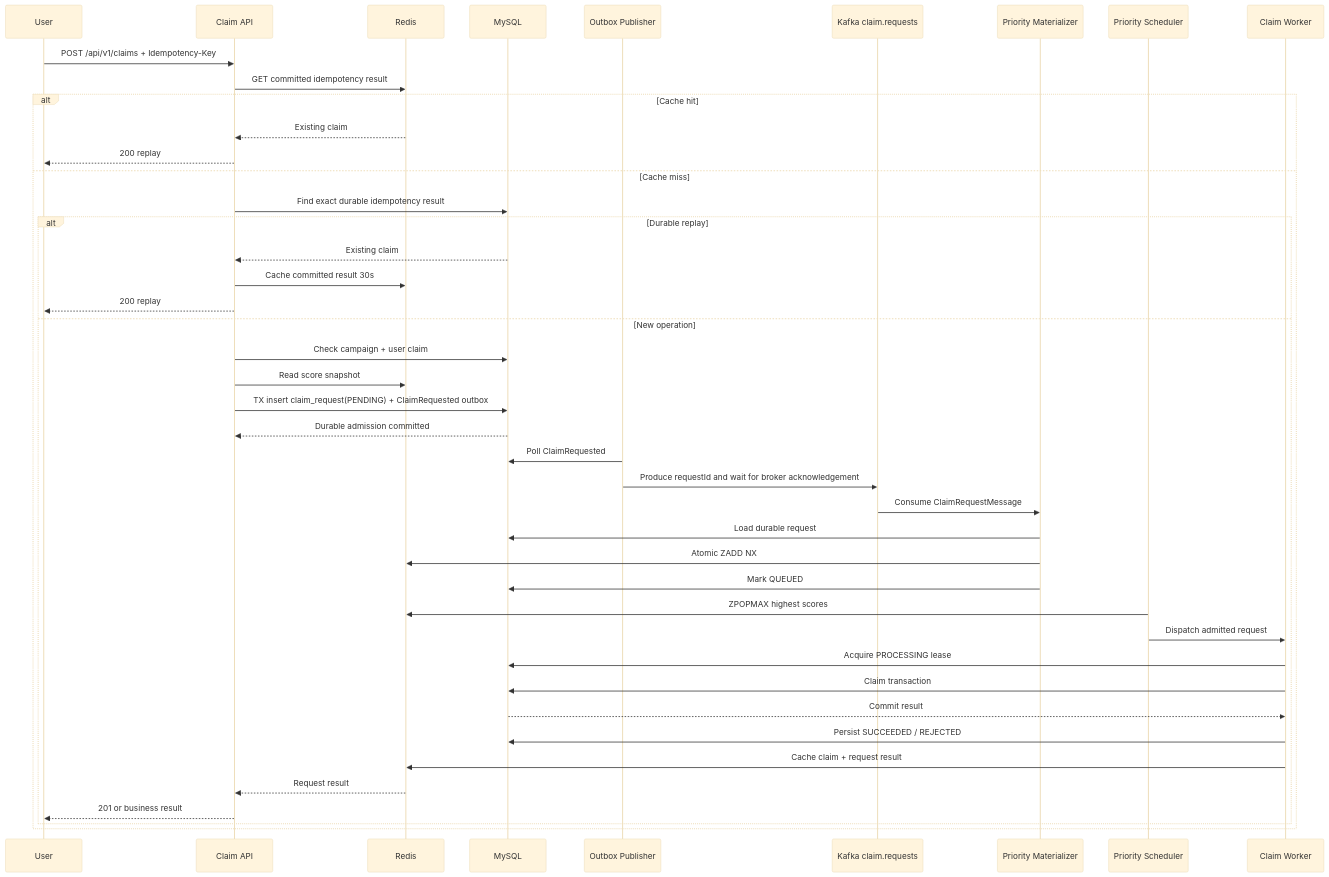
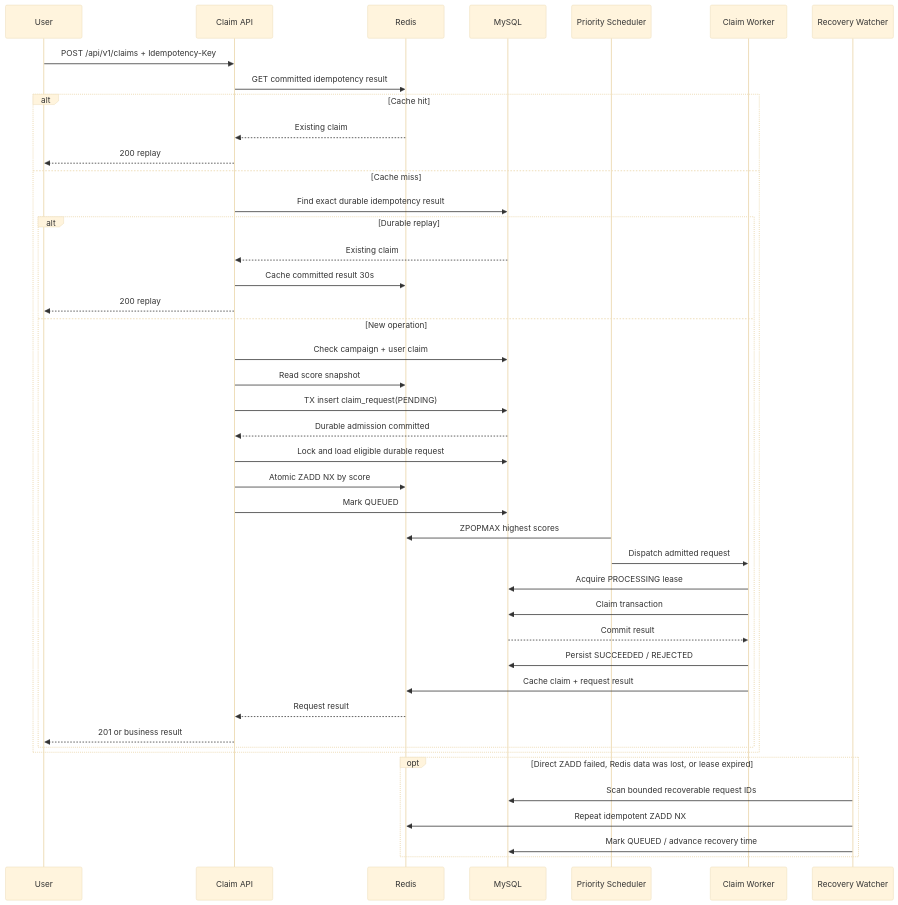
The ninth of 13 diagrams in SOLUTION.md (PhamDinhDuy-2508/Voucher-claim-system), drawn with Mermaid (base theme) before and after one commit. The commit also changed other lines of this file and 16 other files, not shown here.

Commit message:
Simplify claim admission with direct Redis materialization

````diff
--- a/SOLUTION.md
+++ b/SOLUTION.md
@@ -440,46 +441,46 @@
 ```mermaid
 sequenceDiagram
     participant U as User
     participant API as Claim API
     participant R as Redis
     participant DB as MySQL
-    participant O as Outbox Publisher
-    participant K as Kafka claim.requests
-    participant M as Priority Materializer
     participant S as Priority Scheduler
     participant W as Claim Worker
+    participant RW as Recovery Watcher
 
     U->>API: POST /api/v1/claims + Idempotency-Key
     API->>R: GET committed idempotency result
     alt Cache hit
         R-->>API: Existing claim
         API-->>U: 200 replay
     else Cache miss
         API->>DB: Find exact durable idempotency result
         alt Durable replay
             DB-->>API: Existing claim
             API->>R: Cache committed result 30s
             API-->>U: 200 replay
         else New operation
             API->>DB: Check campaign + user claim
             API->>R: Read score snapshot
-            API->>DB: TX insert claim_request(PENDING) + ClaimRequested outbox
+            API->>DB: TX insert claim_request(PENDING)
             DB-->>API: Durable admission committed
-            O->>DB: Poll ClaimRequested
-            O->>K: Produce requestId and wait for broker acknowledgement
-            K->>M: Consume ClaimRequestMessage
-            M->>DB: Load durable request
-            M->>R: Atomic ZADD NX
-            M->>DB: Mark QUEUED
+            API->>DB: Lock and load eligible durable request
+            API->>R: Atomic ZADD NX by score
+            API->>DB: Mark QUEUED
             S->>R: ZPOPMAX highest scores
             S->>W: Dispatch admitted request
             W->>DB: Acquire PROCESSING lease
             W->>DB: Claim transaction
             DB-->>W: Commit result
             W->>DB: Persist SUCCEEDED / REJECTED
             W->>R: Cache claim + request result
             R-->>API: Request result
             API-->>U: 201 or business result
         end
     end
+    opt Direct ZADD failed, Redis data was lost, or lease expired
+        RW->>DB: Scan bounded recoverable request IDs
+        RW->>R: Repeat idempotent ZADD NX
+        RW->>DB: Mark QUEUED / advance recovery time
+    end
 ```
````
